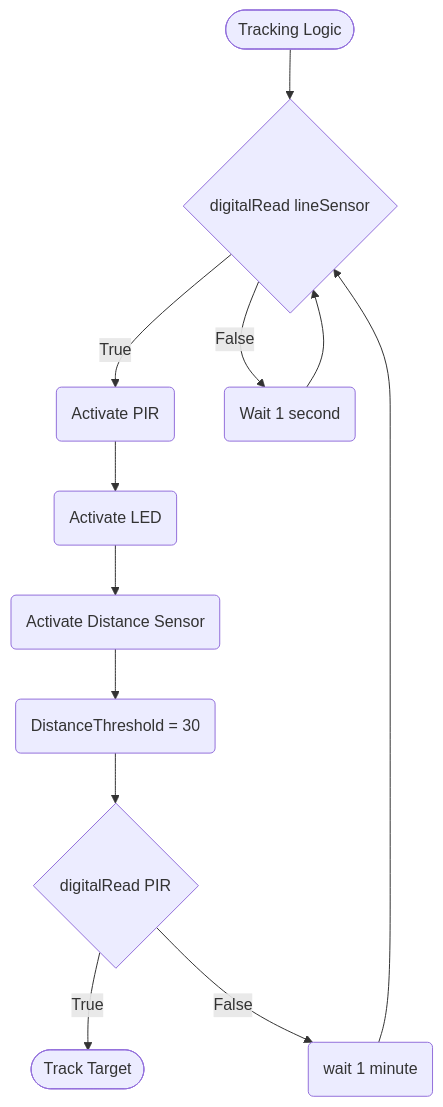
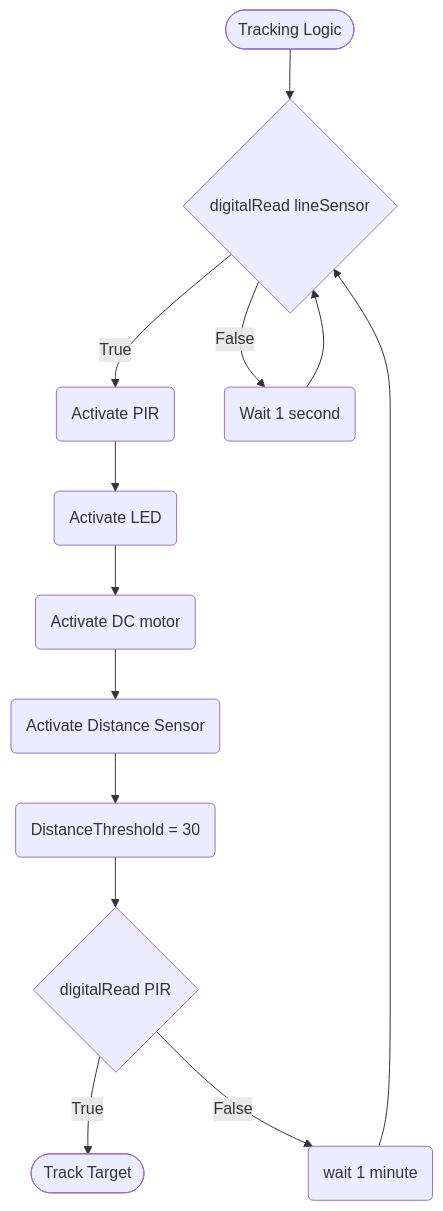
Before and after one commit to Zac2259/Smart-Turret: the second of 3 diagrams in logic.md, drawn with Mermaid.

````diff
--- a/logic.md
+++ b/logic.md
@@ -20,25 +20,27 @@
 ```mermaid
 flowchart TD
 %%Tracking logic
 terminalStart2([Tracking Logic])
 terminalEnd2([Track Target])
 Readline{digitalRead lineSensor}
 activatepir(Activate PIR)
 activatedistance(Activate Distance Sensor)
 activateLED(Activate LED)
+activateDC(Activate DC motor)
 loop2(Wait 1 second)
 distance(DistanceThreshold = 30)
 ReadPIR{digitalRead PIR}
 loop3(wait 1 minute)
 terminalStart2 --> Readline
 Readline --> |True| activatepir
 activatepir --> activateLED
 Readline --> |False| loop2
 loop2 --> Readline
-activateLED --> activatedistance
+activateLED --> activateDC
+activateDC --> activatedistance
 activatedistance --> distance
 distance --> ReadPIR
 ReadPIR --> |True| terminalEnd2
 ReadPIR --> |False| loop3
 loop3 --> Readline
 ```
````
